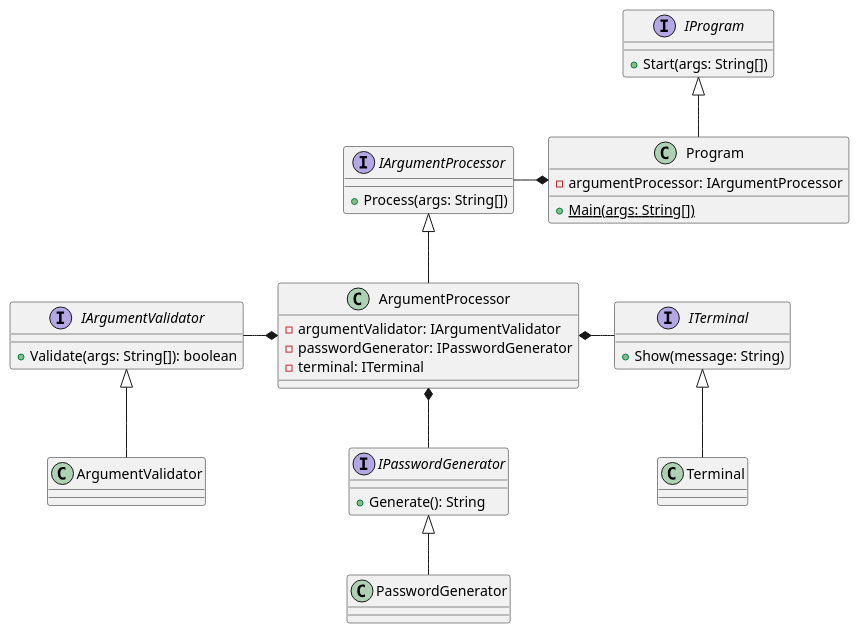
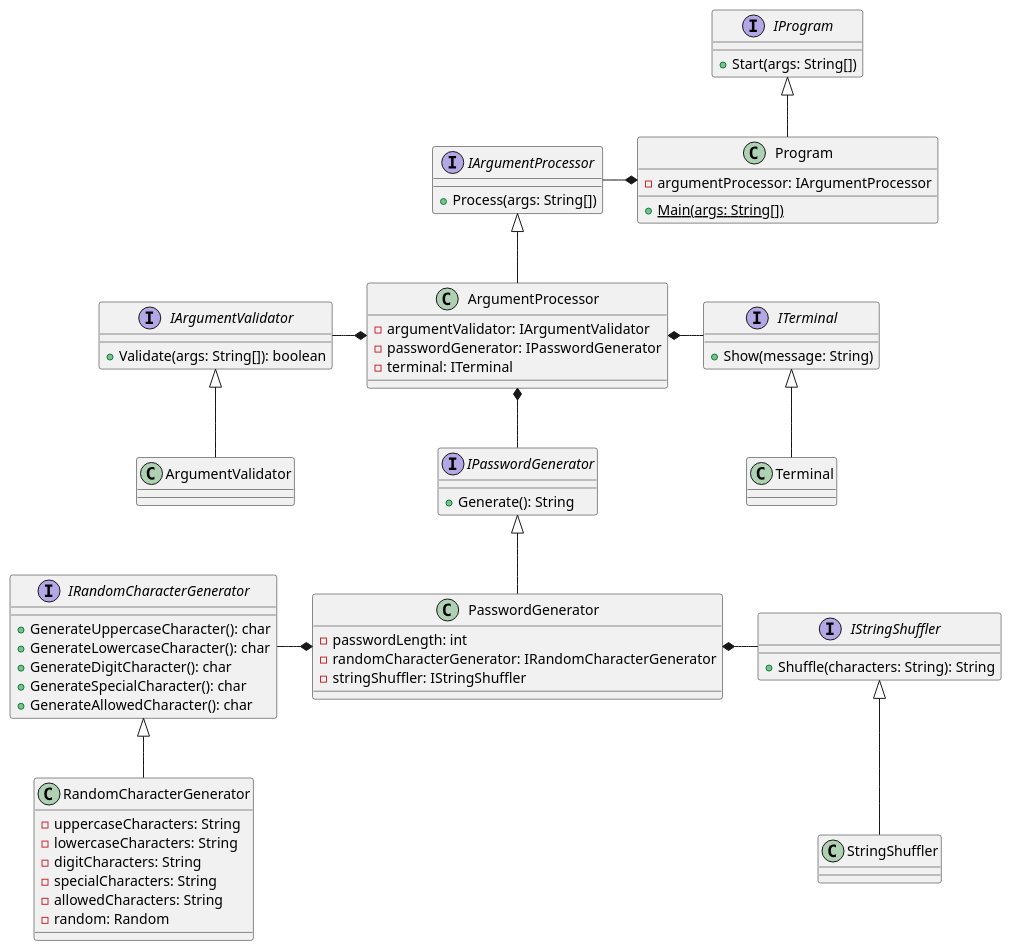
Before and after one commit to djvelimir/demo-dotnet-cli: the diagram in diagrams/Class.puml, drawn with PlantUML. The commit also changed 9 other files, not shown here.

Commit message:
Added RandomCharacterGenerator and StringShuffler

```diff
--- a/diagrams/Class.puml
+++ b/diagrams/Class.puml
@@ -1,55 +1,87 @@
 @startuml Class
 'https://plantuml.com/class-diagram
 
 interface IProgram {
     + Start(args: String[])
 }
 
 class Program {
     - argumentProcessor: IArgumentProcessor
     + {static} Main(args: String[])
 }
 
 interface IArgumentValidator {
     + Validate(args: String[]): boolean
 }
 
 class ArgumentValidator {
 }
 
 interface IArgumentProcessor {
     + Process(args: String[])
 }
 
 class ArgumentProcessor {
     - argumentValidator: IArgumentValidator
     - passwordGenerator: IPasswordGenerator
     - terminal: ITerminal
 }
 
 interface ITerminal {
     + Show(message: String)
 }
 
 class Terminal {
 }
 
 interface IPasswordGenerator {
     + Generate(): String
 }
 
 class PasswordGenerator {
+    - passwordLength: int
+    - randomCharacterGenerator: IRandomCharacterGenerator
+    - stringShuffler: IStringShuffler
+}
+
+interface IRandomCharacterGenerator {
+    + GenerateUppercaseCharacter(): char
+    + GenerateLowercaseCharacter(): char
+    + GenerateDigitCharacter(): char
+    + GenerateSpecialCharacter(): char
+    + GenerateAllowedCharacter(): char
+}
+
+class RandomCharacterGenerator {
+    - uppercaseCharacters: String
+    - lowercaseCharacters: String
+    - digitCharacters: String
+    - specialCharacters: String
+    - allowedCharacters: String
+    - random: Random
+}
+
+interface IStringShuffler {
+    + Shuffle(characters: String): String
+}
+
+class StringShuffler {
 }
 
 IArgumentValidator <|-- ArgumentValidator
 IArgumentProcessor <|-- ArgumentProcessor
 ITerminal <|-- Terminal
 IPasswordGenerator <|-- PasswordGenerator
 IProgram <|-- Program
+IRandomCharacterGenerator <|-- RandomCharacterGenerator
+IStringShuffler <|-- StringShuffler
 
 Program *--l IArgumentProcessor
 
 ArgumentProcessor *--l IArgumentValidator
 ArgumentProcessor *--d IPasswordGenerator
 ArgumentProcessor *--r ITerminal
+
+PasswordGenerator *--l IRandomCharacterGenerator
+PasswordGenerator *--r IStringShuffler
 @enduml
```
